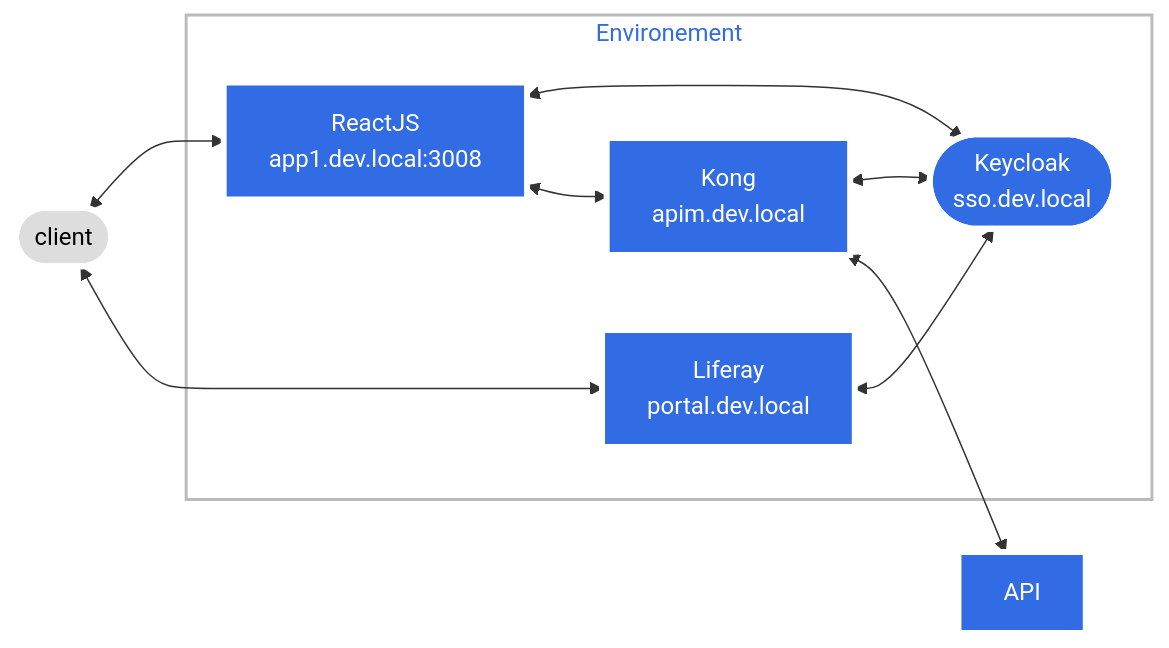
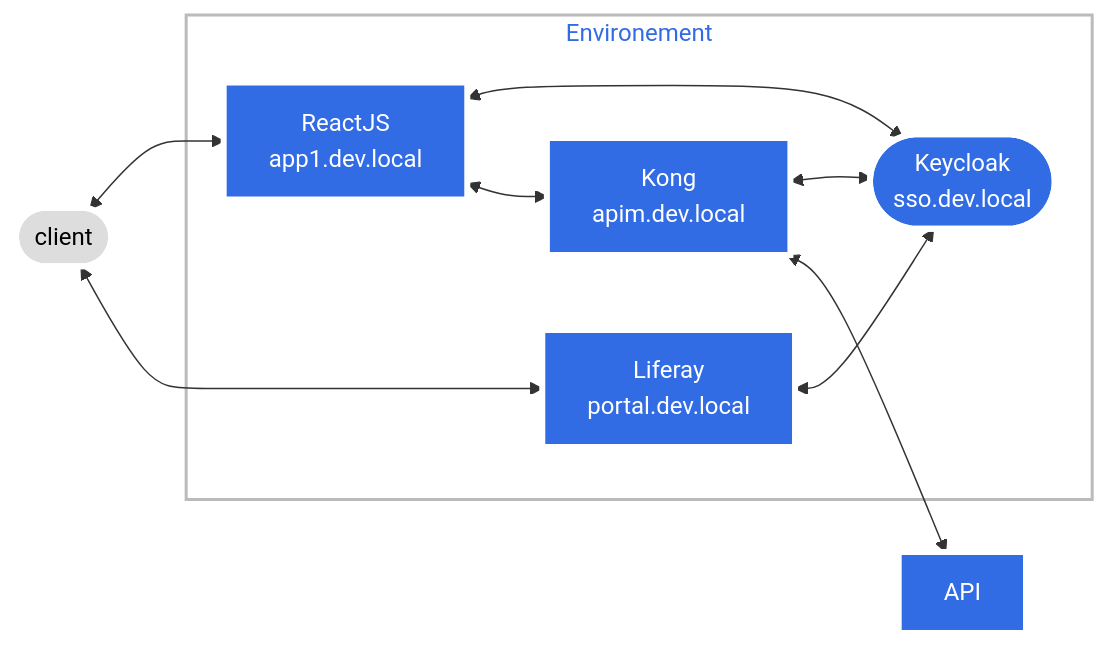
The second of 2 diagrams in poc1-reactjs-liferay-keycloak/README.markdown (ThierryTouin/liferay-oauth-test), drawn with Mermaid before and after one commit. The commit also changed other lines of this file and 11 other files, not shown here.

````diff
--- a/poc1-reactjs-liferay-keycloak/README.markdown
+++ b/poc1-reactjs-liferay-keycloak/README.markdown
@@ -41,40 +43,40 @@
 ```mermaid
 
 graph  LR
 
 %% Nodes
 
-APP1[ReactJS<br>app1.dev.local:3008]
+APP1[ReactJS<br>app1.dev.local]
 Portal[Liferay<br>portal.dev.local]
 APIM[Kong<br>apim.dev.local]
 API[API]
 C([client])
 SSO([Keycloak<br>sso.dev.local])
 
 
 %% Links	
 
 C <--> APP1 ;
 C <--> Portal ;
 subgraph Environement
     APP1 <--> SSO;
 	APP1 <--> APIM;
 	APIM <--> SSO;
 	Portal <--> SSO;
 	%%APP1-.servi par.-SRV;
 end
 
 APIM <--> API;
 
 %% Defining node styles
 
   classDef plain fill:#ddd,stroke:#fff,stroke-width:4px,color:#000;
   classDef k8s fill:#326ce5,stroke:#fff,stroke-width:4px,color:#fff;
   classDef cluster fill:#fff,stroke:#bbb,stroke-width:2px,color:#326ce5;
   
 %% Assigning styles to nodes
 
   class Portal,APP1,APIM,API,SSO k8s;
   class C plain;
   class cluster cluster;
 ```
````
